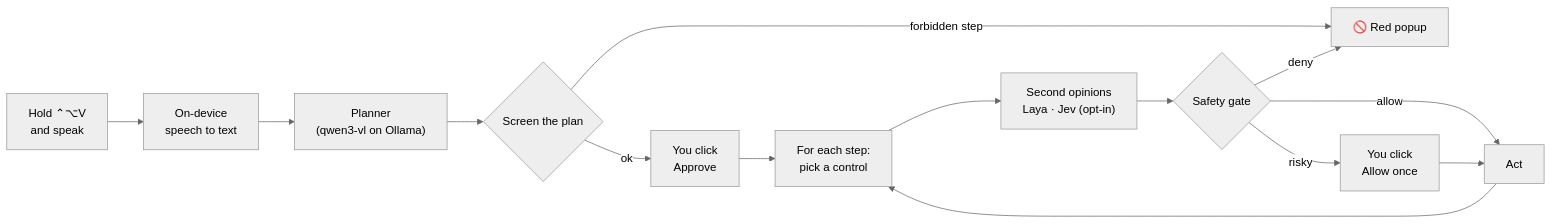
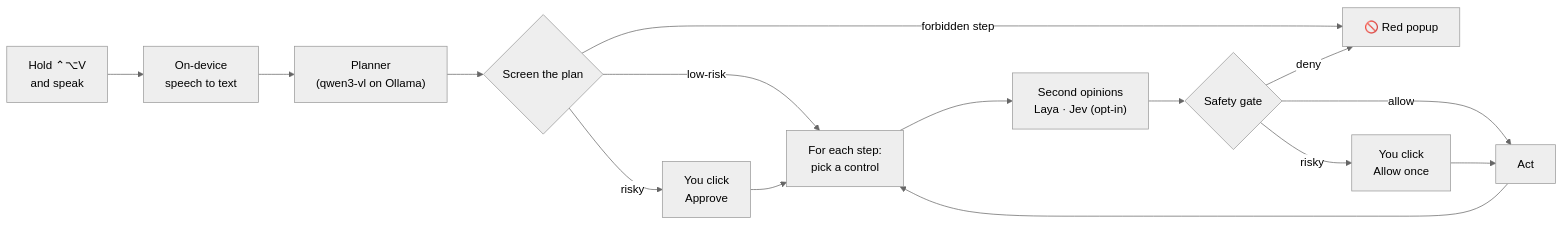
One commit to Ajju-kld/glim changed the diagram in README.md. Above: the diagram before and after it, drawn with Mermaid (neutral theme). The commit also changed other lines of this file and 16 other files, not shown here.

First line of the commit message:
Start low-risk plans without the approval panel

````diff
--- a/README.md
+++ b/README.md
@@ -40,16 +41,17 @@
 ```mermaid
 flowchart LR
     A["Hold ⌃⌥V<br/>and speak"] --> B["On-device<br/>speech to text"]
     B --> C["Planner<br/>(qwen3-vl on Ollama)"]
     C --> D{"Screen the plan"}
     D -- "forbidden step" --> X["🚫 Red popup"]
-    D -- "ok" --> E["You click<br/>Approve"]
-    E --> F["For each step:<br/>pick a control"]
+    D -- "risky" --> E["You click<br/>Approve"]
+    D -- "low-risk" --> F["For each step:<br/>pick a control"]
+    E --> F
     F --> G["Second opinions<br/>Laya · Jev (opt-in)"]
     G --> H{"Safety gate"}
     H -- "deny" --> X
     H -- "risky" --> I["You click<br/>Allow once"]
     H -- "allow" --> J["Act"]
     I --> J
     J --> F
 ```
````
